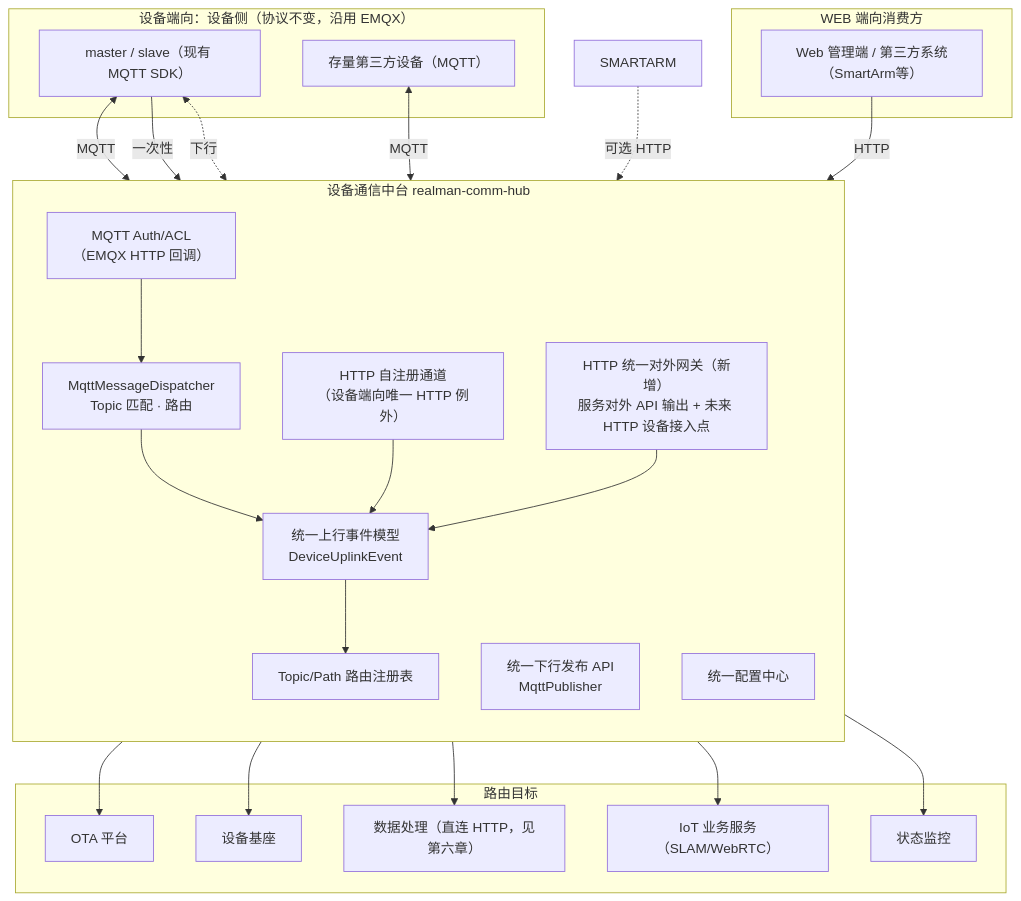
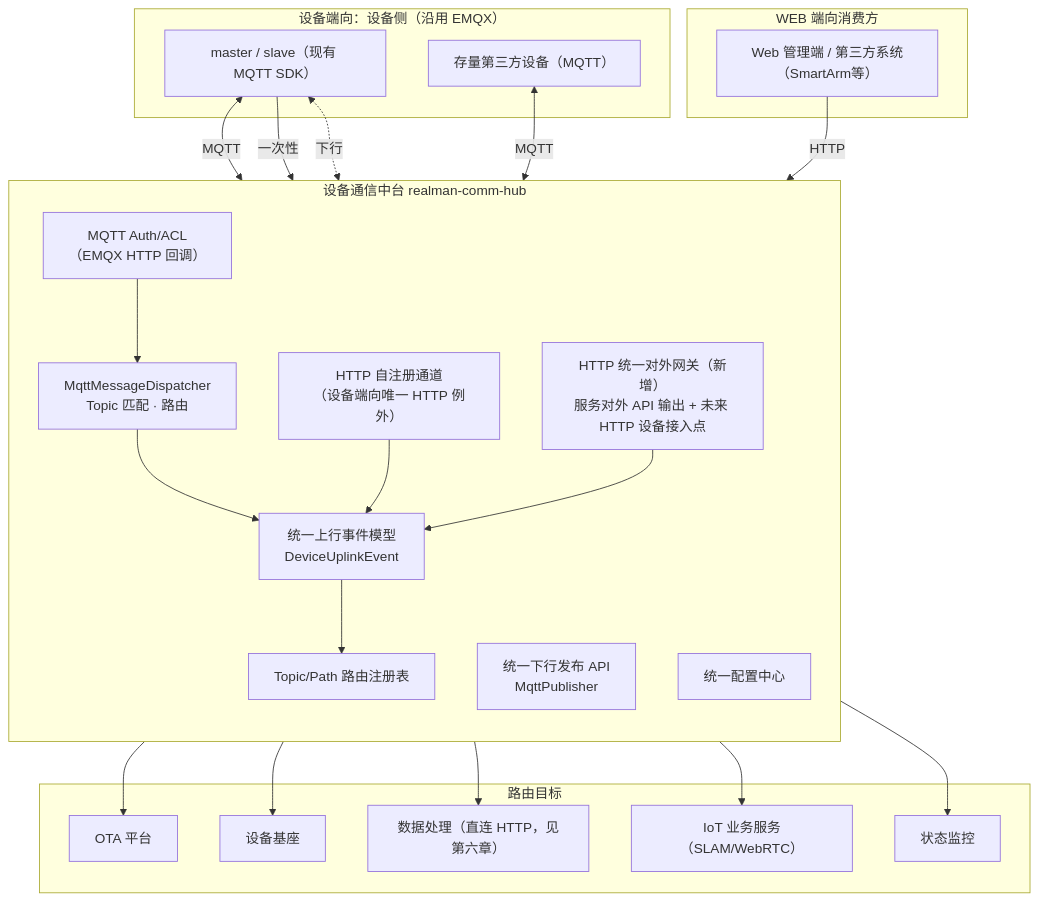
One commit to zhenyue2021/realman changed the diagram in docs/design/2026-07-08-device-comm-hub-detailed-design.md. Above: the diagram before and after it, drawn with Mermaid. The commit also changed other lines of this file, not shown here.

Commit message:
Update parent document reference for clarity
Removed misleading statement about HTTP in the parent document reference.

````diff
--- a/docs/design/2026-07-08-device-comm-hub-detailed-design.md
+++ b/docs/design/2026-07-08-device-comm-hub-detailed-design.md
@@ -25,46 +25,45 @@
 ```mermaid
 flowchart TB
-  subgraph south["设备端向：设备侧（协议不变，沿用 EMQX）"]
+  subgraph south["设备端向：设备侧（沿用 EMQX）"]
     DEV_MS["master / slave（现有 MQTT SDK）"]
     DEV_3RD["存量第三方设备（MQTT）"]
   end
 
   subgraph hub["设备通信中台 realman-comm-hub"]
     direction TB
     AUTH["MQTT Auth/ACL\n（EMQX HTTP 回调）"]
     DISPATCH["MqttMessageDispatcher\nTopic 匹配 · 路由"]
     PUB["统一下行发布 API\nMqttPublisher"]
     PROVISION["HTTP 自注册通道\n（设备端向唯一 HTTP 例外）"]
     NORM["统一上行事件模型\nDeviceUplinkEvent"]
     GW["HTTP 统一对外网关（新增）\n服务对外 API 输出 + 未来 HTTP 设备接入点"]
     ROUTE["Topic/Path 路由注册表"]
     CFG["统一配置中心"]
 
     AUTH --> DISPATCH
     DISPATCH --> NORM
     PROVISION --> NORM
     GW --> NORM
     NORM --> ROUTE
   end
 
   subgraph north["WEB 端向消费方"]
     ADMIN["Web 管理端 / 第三方系统（SmartArm等）"]
   end
 
   subgraph consumers["路由目标"]
     OTAP["OTA 平台"]
     DEVMGMT["设备基座"]
     DP["数据处理（直连 HTTP，见第六章）"]
     IOT["IoT 业务服务（SLAM/WebRTC）"]
     MON["状态监控"]
   end
 
   DEV_MS <-->|MQTT| AUTH
   DEV_MS -->|一次性| PROVISION
   DEV_3RD <-->|MQTT| AUTH
   ADMIN -->|HTTP| GW
-  SMARTARM -.可选 HTTP.-> GW
 
   DEV_MS <-.下行.-> PUB
   ROUTE --> OTAP & DEVMGMT & DP & IOT & MON
 ```
````
